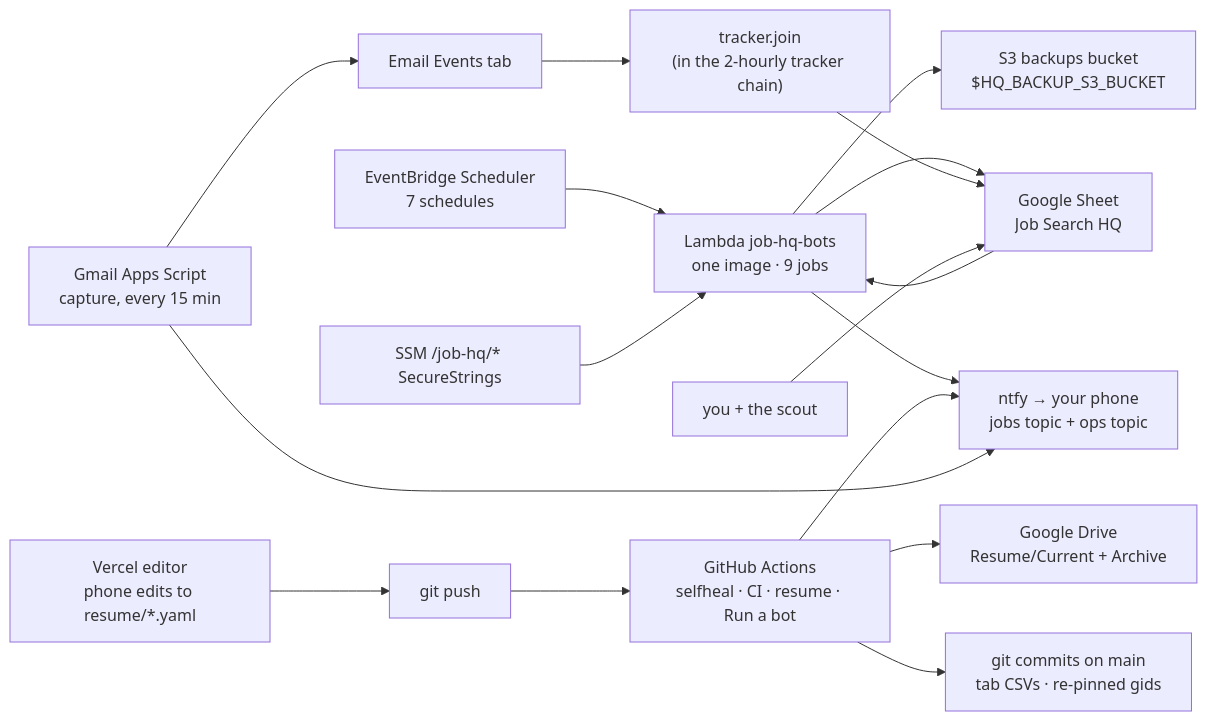
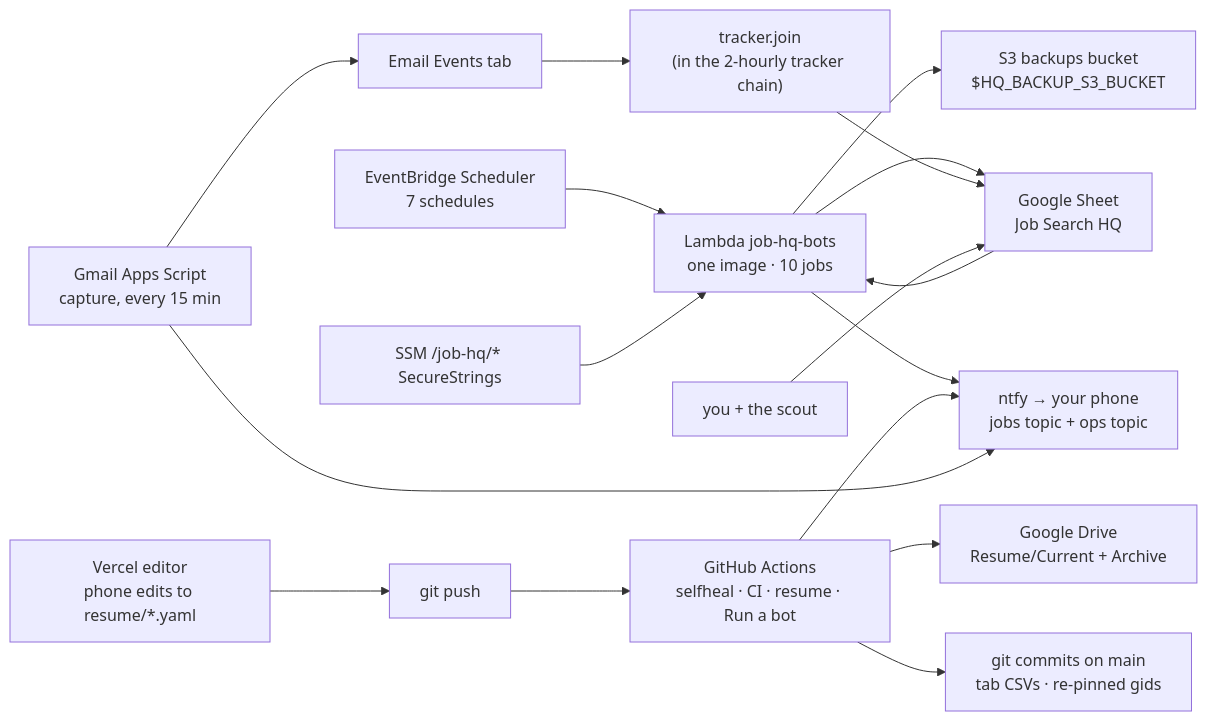
The first of 2 diagrams in docs/SYSTEM.md (s0shaheen/job-hq), drawn with Mermaid before and after one commit. The commit also changed other lines of this file and 4 other files, not shown here.

````diff
--- a/docs/SYSTEM.md
+++ b/docs/SYSTEM.md
@@ -169,17 +169,17 @@
 ```mermaid
 flowchart LR
-    EB["EventBridge Scheduler<br/>7 schedules"] --> LAM["Lambda job-hq-bots<br/>one image · 9 jobs"]
+    EB["EventBridge Scheduler<br/>7 schedules"] --> LAM["Lambda job-hq-bots<br/>one image · 10 jobs"]
     SSM["SSM /job-hq/* SecureStrings"] --> LAM
     LAM --> SHEET["Google Sheet<br/>Job Search HQ"]
     LAM --> S3["S3 backups bucket<br/>$HQ_BACKUP_S3_BUCKET"]
     LAM --> NTFY["ntfy → your phone<br/>jobs topic + ops topic"]
     ACT["GitHub Actions<br/>selfheal · CI · resume · Run a bot"] --> GIT["git commits on main<br/>tab CSVs · re-pinned gids"]
     ACT --> DRIVE["Google Drive<br/>Resume/Current + Archive"]
     ACT --> NTFY
     GS["Gmail Apps Script<br/>capture, every 15 min"] --> EV["Email Events tab"]
     EV --> JOIN["tracker.join<br/>(in the 2-hourly tracker chain)"] --> SHEET
     GS --> NTFY
     ED["Vercel editor<br/>phone edits to resume/*.yaml"] --> PUSH["git push"] --> ACT
     HUMAN["you + the scout"] --> SHEET
     SHEET --> LAM
 ```
````
